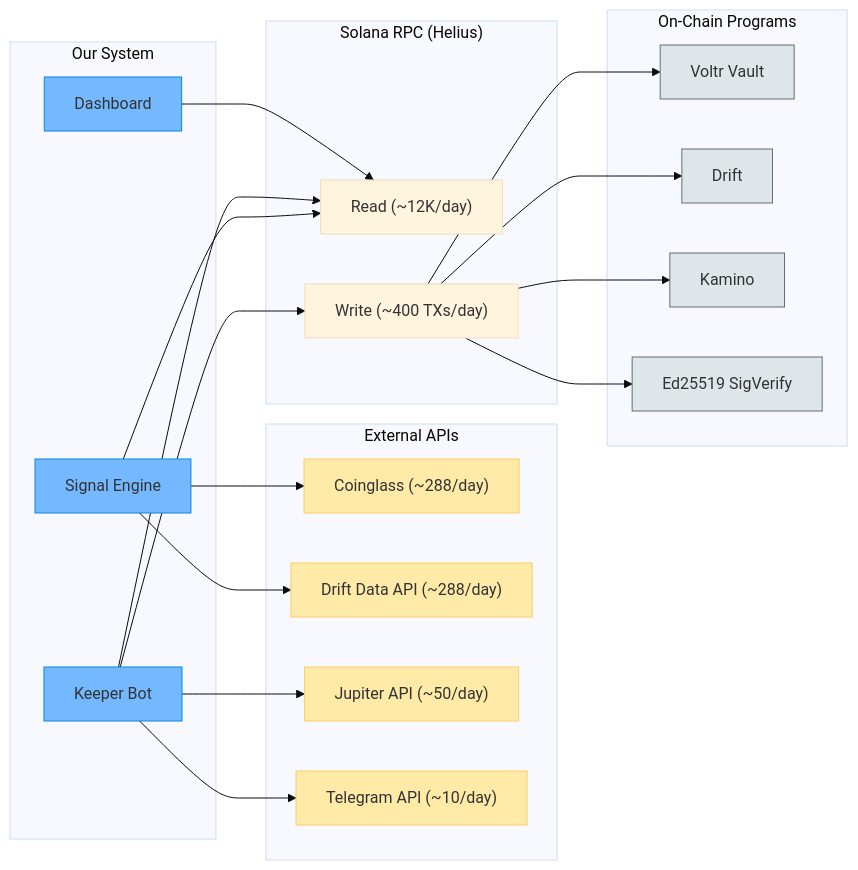
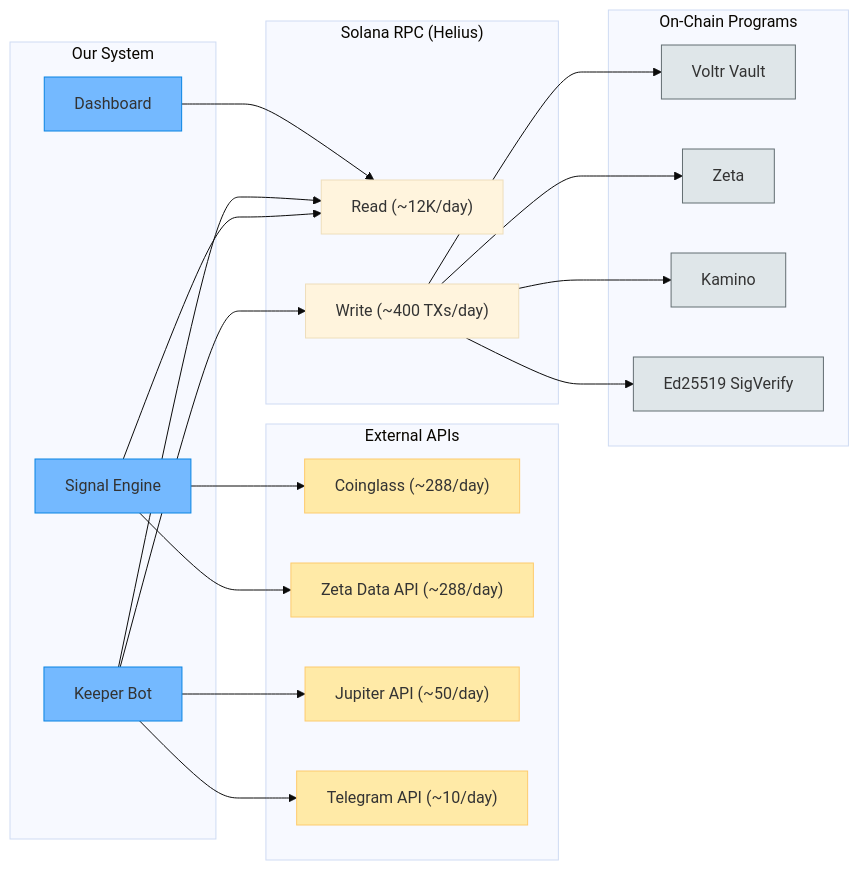
Before and after one commit to Ashutosh0x/ranger-ai-vault: diagram 12 of 20 in docs/ARCHITECTURE.md, drawn with Mermaid (base theme). The commit also changed other lines of this file and 82 other files, not shown here.

Commit message:
feat: pivot from Drift to Zeta Markets and add walk-forward backtest results

````diff
--- a/docs/ARCHITECTURE.md
+++ b/docs/ARCHITECTURE.md
@@ -846,49 +846,49 @@
 ```mermaid
 graph LR
     subgraph OurSystem["Our System"]
         SE["Signal Engine"]
         KB["Keeper Bot"]
         DB["Dashboard"]
     end
 
     subgraph APIs["External APIs"]
         CG["Coinglass (~288/day)"]
-        DAPI["Drift Data API (~288/day)"]
+        DAPI["Zeta Data API (~288/day)"]
         JUP["Jupiter API (~50/day)"]
         TG["Telegram API (~10/day)"]
     end
 
     subgraph RPC["Solana RPC (Helius)"]
         Read["Read (~12K/day)"]
         Write["Write (~400 TXs/day)"]
     end
 
     subgraph Programs["On-Chain Programs"]
         Voltr["Voltr Vault"]
-        DriftP["Drift"]
+        ZetaP["Zeta"]
         KaminoP["Kamino"]
         Ed25519P["Ed25519 SigVerify"]
     end
 
     SE --> CG
     SE --> DAPI
     SE --> Read
     KB --> Write
     KB --> Read
     KB --> JUP
     KB --> TG
     DB --> Read
 
     Write --> Voltr
-    Write --> DriftP
+    Write --> ZetaP
     Write --> KaminoP
     Write --> Ed25519P
 
     classDef our fill:#74b9ff,stroke:#0984e3
     classDef api fill:#ffeaa7,stroke:#fdcb6e
     classDef program fill:#dfe6e9,stroke:#636e72
 
     class SE,KB,DB our
     class CG,DAPI,JUP,TG api
-    class Voltr,DriftP,KaminoP,Ed25519P program
+    class Voltr,ZetaP,KaminoP,Ed25519P program
 ```
````
